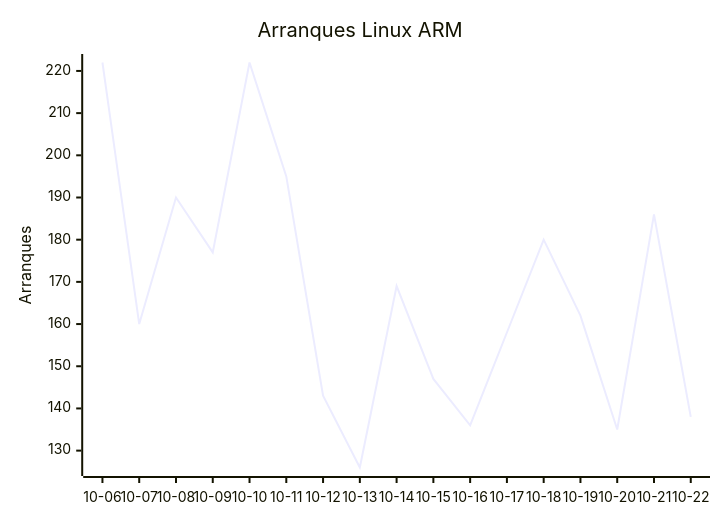
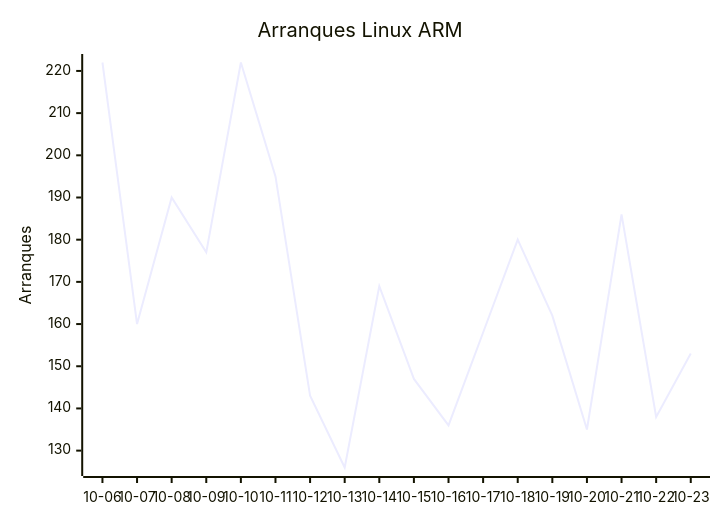
The second of 9 diagrams in README.md (EmuDeck/stats), drawn with Mermaid before and after one commit. The commit also changed other lines of this file and 2 other files, not shown here.

````diff
--- a/README.md
+++ b/README.md
@@ -26,7 +26,7 @@
 ```mermaid
 xychart-beta
     title "Arranques Linux ARM"
-    x-axis ["10-06", "10-07", "10-08", "10-09", "10-10", "10-11", "10-12", "10-13", "10-14", "10-15", "10-16", "10-17", "10-18", "10-19", "10-20", "10-21", "10-22"]
+    x-axis ["10-06", "10-07", "10-08", "10-09", "10-10", "10-11", "10-12", "10-13", "10-14", "10-15", "10-16", "10-17", "10-18", "10-19", "10-20", "10-21", "10-22", "10-23"]
     y-axis "Arranques"
-    line [222, 160, 190, 177, 222, 195, 143, 126, 169, 147, 136, 158, 180, 162, 135, 186, 138]
+    line [222, 160, 190, 177, 222, 195, 143, 126, 169, 147, 136, 158, 180, 162, 135, 186, 138, 153]
 ```
````
